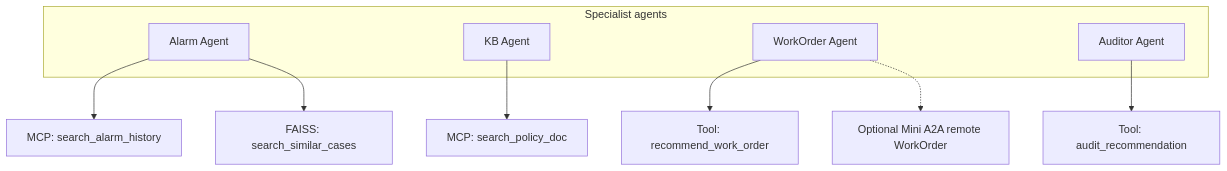
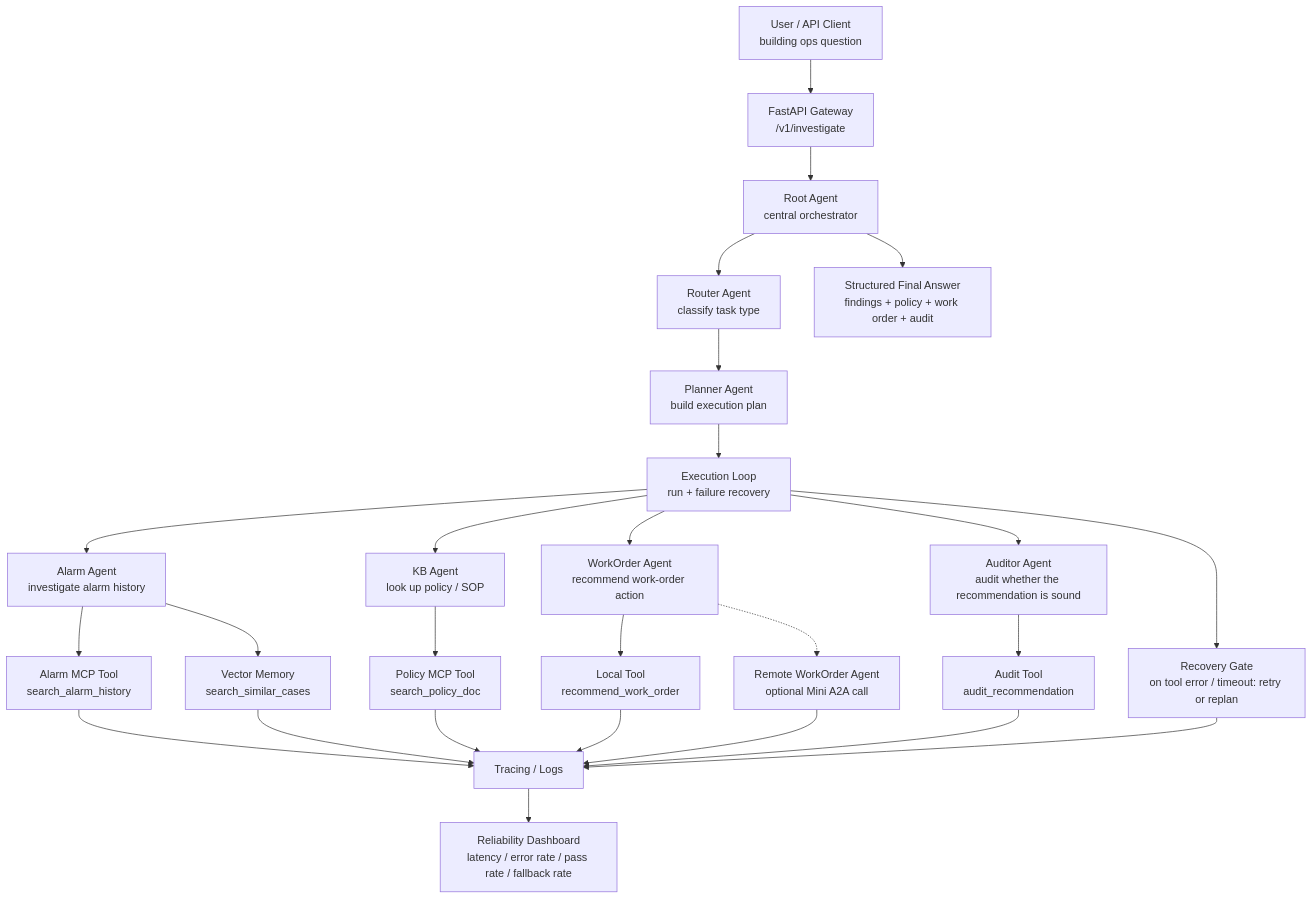
Before and after one commit to samtam0714/fm-agentic-e2e-gcp-Phase2: the diagram in README.md, drawn with Mermaid. The commit also changed other lines of this file, not shown here.

Commit message:
Update README architecture diagram in English.

````diff
--- a/README.md
+++ b/README.md
@@ -70,16 +39,32 @@
 ```mermaid
 flowchart TD
-    subgraph Specialists["Specialist agents"]
-      Alarm["Alarm Agent"]
-      KB["KB Agent"]
-      WO["WorkOrder Agent"]
-      Auditor["Auditor Agent"]
-    end
+    User["User / API Client<br/>building ops question"] --> Gateway["FastAPI Gateway<br/>/v1/investigate"]
+    Gateway --> Root["Root Agent<br/>central orchestrator"]
+    Root --> Router["Router Agent<br/>classify task type"]
+    Root --> Final["Structured Final Answer<br/>findings + policy + work order + audit"]
 
-    Alarm --> AlarmMCP["MCP: search_alarm_history"]
-    Alarm --> Mem["FAISS: search_similar_cases"]
-    KB --> PolicyMCP["MCP: search_policy_doc"]
-    WO --> Ticket["Tool: recommend_work_order"]
-    WO -.-> A2A["Optional Mini A2A remote WorkOrder"]
-    Auditor --> Audit["Tool: audit_recommendation"]
+    Router --> Planner["Planner Agent<br/>build execution plan"]
+    Planner --> Loop["Execution Loop<br/>run + failure recovery"]
+
+    Loop --> Alarm["Alarm Agent<br/>investigate alarm history"]
+    Loop --> KB["KB Agent<br/>look up policy / SOP"]
+    Loop --> WO["WorkOrder Agent<br/>recommend work-order action"]
+    Loop --> Auditor["Auditor Agent<br/>audit whether the recommendation is sound"]
+    Loop --> Recovery["Recovery Gate<br/>on tool error / timeout: retry or replan"]
+
+    Alarm --> AlarmMCP["Alarm MCP Tool<br/>search_alarm_history"]
+    Alarm --> VectorMem["Vector Memory<br/>search_similar_cases"]
+    KB --> PolicyMCP["Policy MCP Tool<br/>search_policy_doc"]
+    WO --> LocalWO["Local Tool<br/>recommend_work_order"]
+    WO -.-> RemoteWO["Remote WorkOrder Agent<br/>optional Mini A2A call"]
+    Auditor --> AuditTool["Audit Tool<br/>audit_recommendation"]
+
+    AlarmMCP --> Trace["Tracing / Logs"]
+    VectorMem --> Trace
+    PolicyMCP --> Trace
+    LocalWO --> Trace
+    RemoteWO --> Trace
+    AuditTool --> Trace
+    Recovery --> Trace
+    Trace --> Dash["Reliability Dashboard<br/>latency / error rate / pass rate / fallback rate"]
 ```
````
